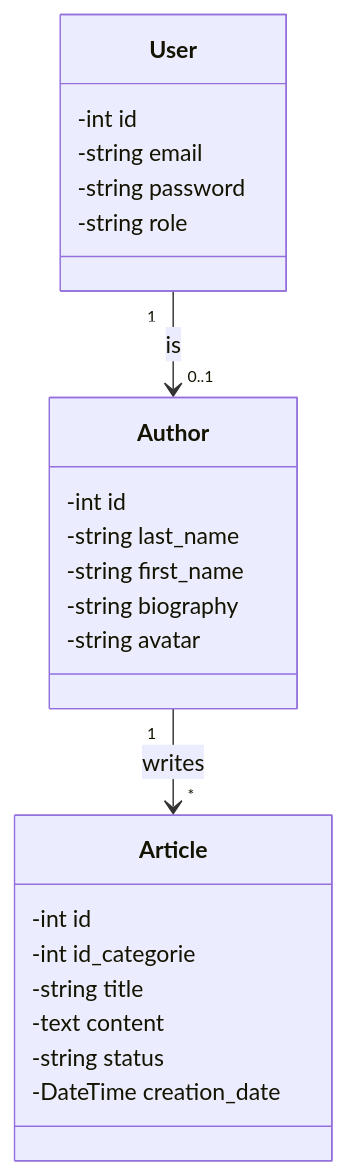
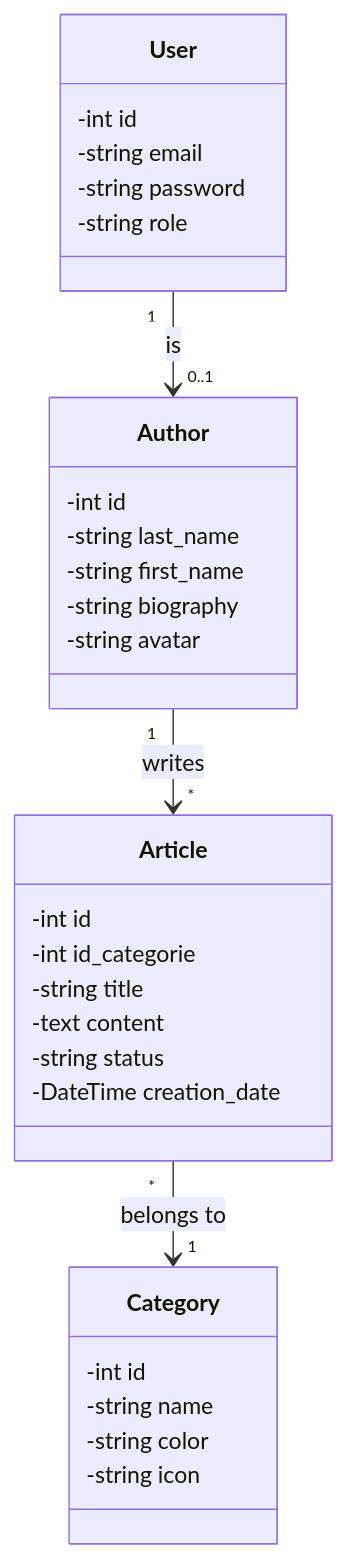
The diagram in Objets/BlogClass.mmd (El-Morabiti-Ahmed/Tutoriels), drawn with Mermaid before and after one commit. The commit also changed 1 other file, not shown here.

```diff
--- a/Objets/BlogClass.mmd
+++ b/Objets/BlogClass.mmd
@@ -1,27 +1,35 @@
 classDiagram
     class User {
         -int id
         -string email
         -string password
         -string role
     }
 
     class Author {
         -int id
         -string last_name
         -string first_name
         -string biography
         -string avatar
     }
 
     class Article {
         -int id
         -int id_categorie
         -string title
         -text content
         -string status
         -DateTime creation_date
     }
+    class Category{
+        -int id
+        -string name
+        -string color
+        -string icon
+    }
+
 
     User "1" --> "0..1" Author : is
     Author "1" --> "*" Article : writes
+    Article "*" --> "1" Category : belongs to
```
